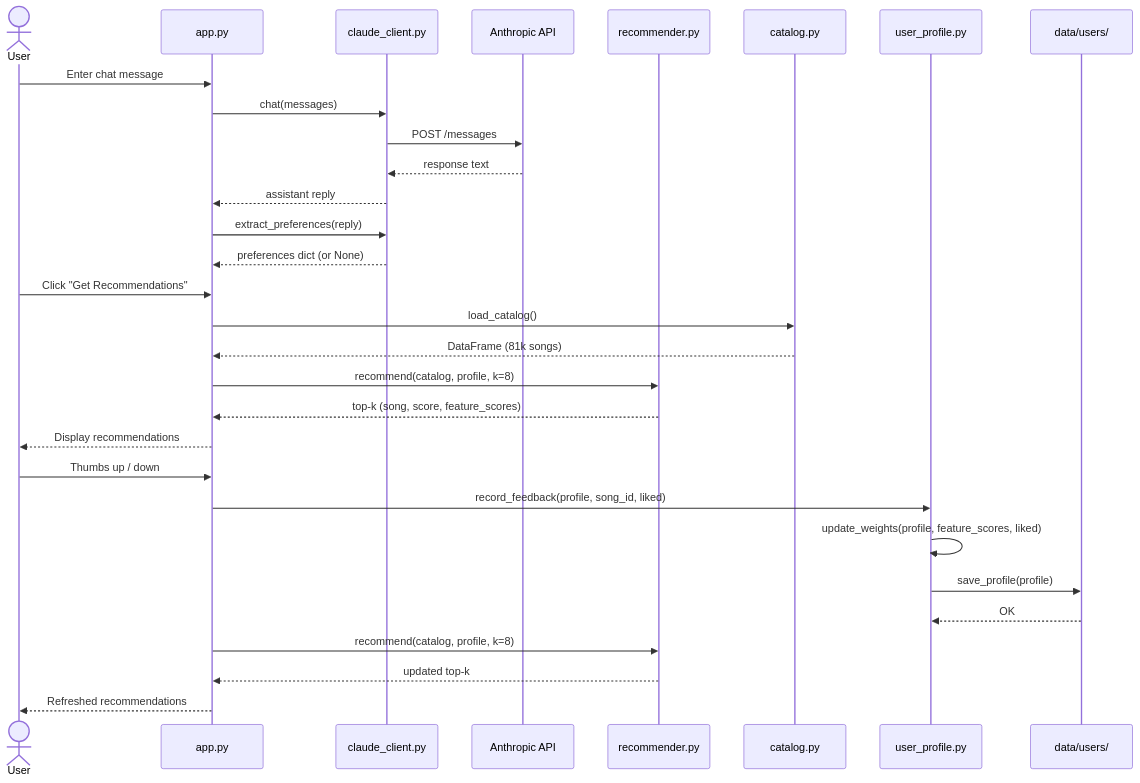
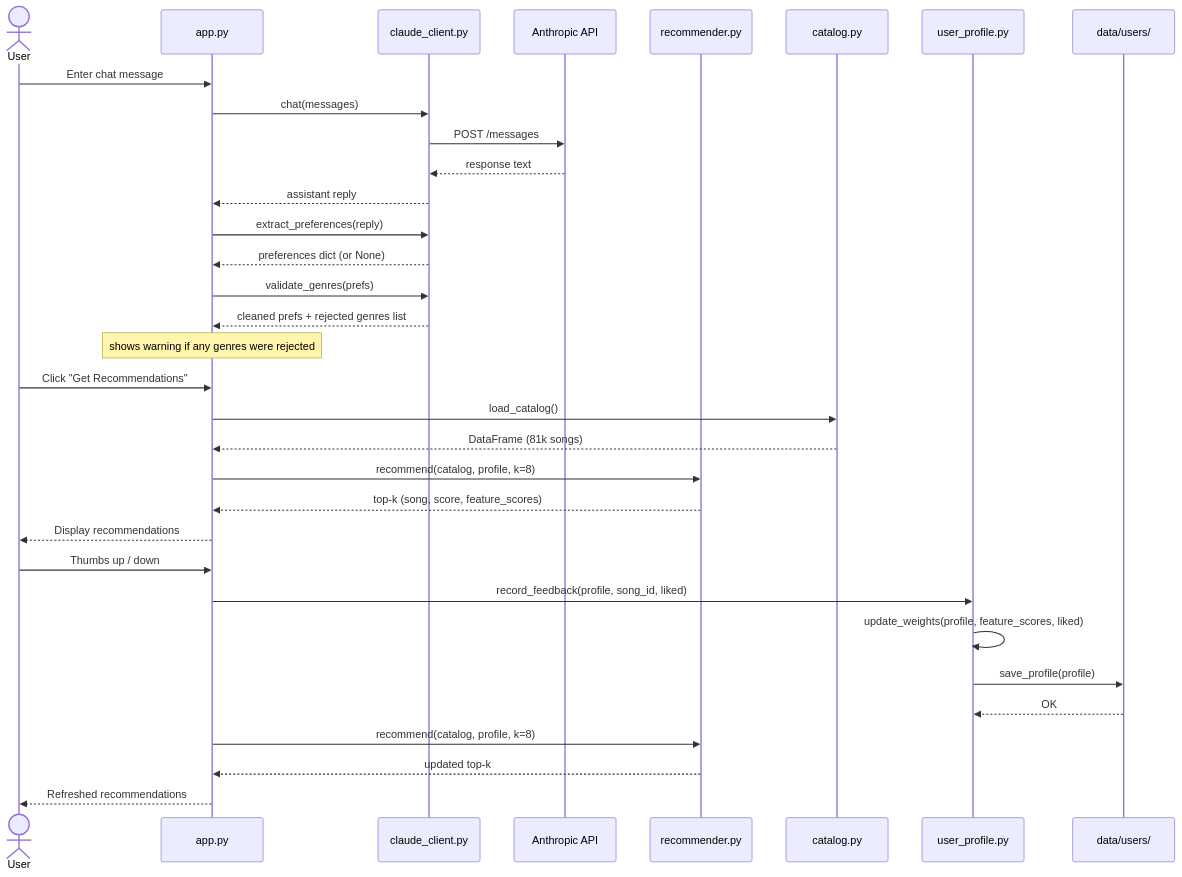
The third of 5 diagrams in docs/architecture.md (alx-jam-clrk/applied-music-ai), drawn with Mermaid before and after one commit. The commit also changed other lines of this file, not shown here.

Commit message:
fix: updated architecture diagrams with guardrail changes

````diff
--- a/docs/architecture.md
+++ b/docs/architecture.md
@@ -123,35 +126,38 @@
 ```mermaid
 sequenceDiagram
     actor User
     participant App as app.py
     participant Claude as claude_client.py
     participant API as Anthropic API
     participant Rec as recommender.py
     participant Cat as catalog.py
     participant UP as user_profile.py
     participant Disk as data/users/
 
     User->>App: Enter chat message
     App->>Claude: chat(messages)
     Claude->>API: POST /messages
     API-->>Claude: response text
     Claude-->>App: assistant reply
     App->>Claude: extract_preferences(reply)
     Claude-->>App: preferences dict (or None)
+    App->>Claude: validate_genres(prefs)
+    Claude-->>App: cleaned prefs + rejected genres list
+    Note over App: shows warning if any genres were rejected
 
     User->>App: Click "Get Recommendations"
     App->>Cat: load_catalog()
     Cat-->>App: DataFrame (81k songs)
     App->>Rec: recommend(catalog, profile, k=8)
     Rec-->>App: top-k (song, score, feature_scores)
     App-->>User: Display recommendations
 
     User->>App: Thumbs up / down
     App->>UP: record_feedback(profile, song_id, liked)
     UP->>UP: update_weights(profile, feature_scores, liked)
     UP->>Disk: save_profile(profile)
     Disk-->>UP: OK
     App->>Rec: recommend(catalog, profile, k=8)
     Rec-->>App: updated top-k
     App-->>User: Refreshed recommendations
 ```
````
